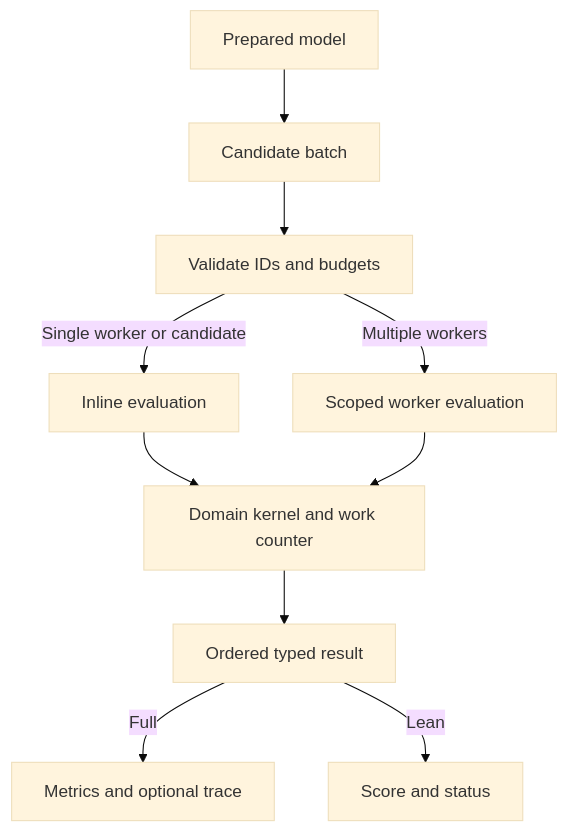
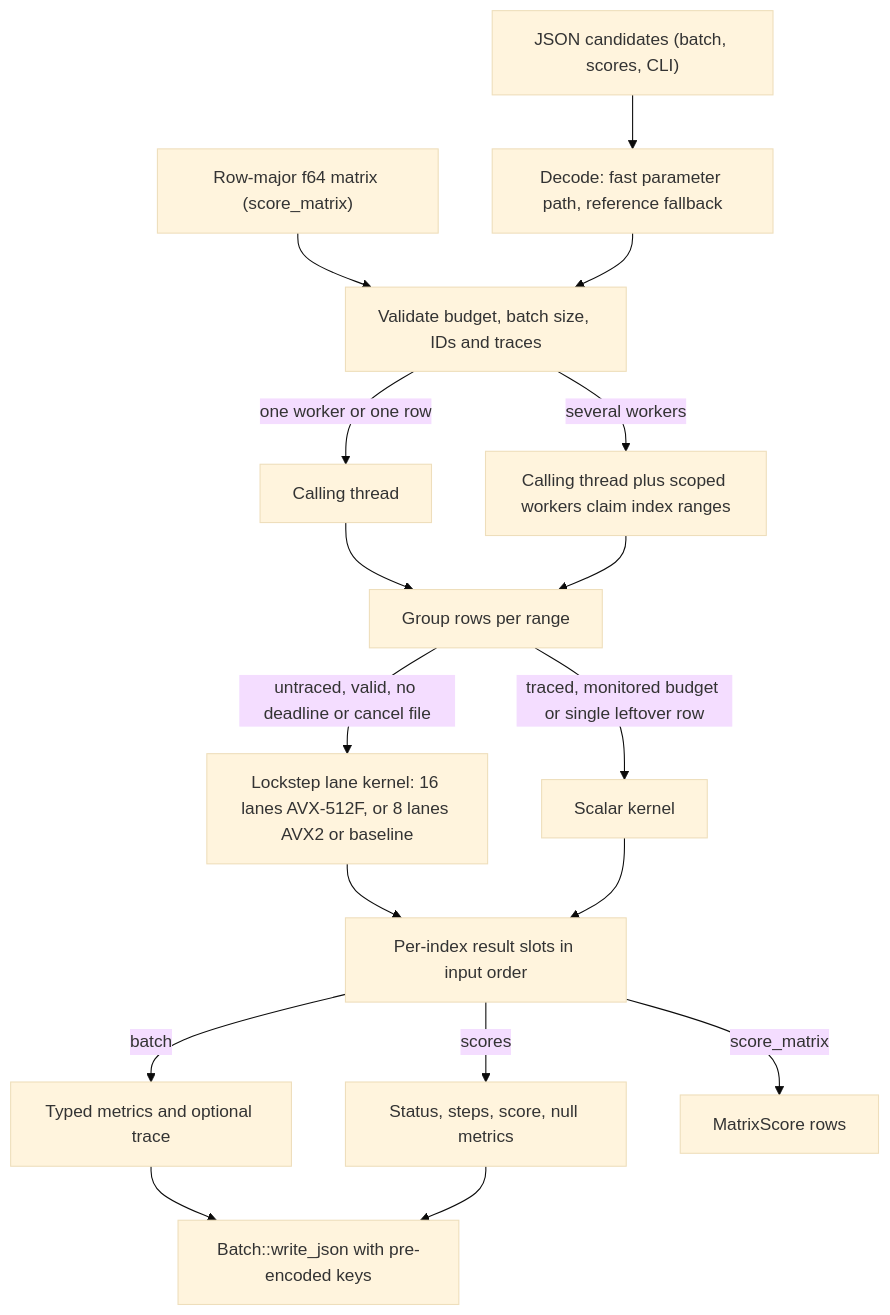
One commit to dietmarwo/robotics-control-craft changed the diagram in docs/architecture.md. Above: the diagram before and after it, drawn with Mermaid (base theme). The commit also changed other lines of this file and 29 other files, not shown here.

````diff
--- a/docs/architecture.md
+++ b/docs/architecture.md
@@ -7,12 +10,19 @@
 ```mermaid
 flowchart TD
-    P["Prepared model"] --> B["Candidate batch"]
-    B --> V["Validate IDs and budgets"]
-    V -->|Single worker or candidate| S["Inline evaluation"]
-    V -->|Multiple workers| W["Scoped worker evaluation"]
-    S --> D["Domain kernel and work counter"]
-    W --> D
-    D --> R["Ordered typed result"]
-    R -->|Full| F["Metrics and optional trace"]
-    R -->|Lean| L["Score and status"]
+    J["JSON candidates (batch, scores, CLI)"] --> D["Decode: fast parameter path, reference fallback"]
+    M["Row-major f64 matrix (score_matrix)"] --> V
+    D --> V["Validate budget, batch size, IDs and traces"]
+    V -->|"one worker or one row"| S["Calling thread"]
+    V -->|"several workers"| W["Calling thread plus scoped workers claim index ranges"]
+    S --> G["Group rows per range"]
+    W --> G
+    G -->|"untraced, valid, no deadline or cancel file"| L["Lockstep lane kernel: 16 lanes AVX-512F, or 8 lanes AVX2 or baseline"]
+    G -->|"traced, monitored budget or single leftover row"| K["Scalar kernel"]
+    L --> R["Per-index result slots in input order"]
+    K --> R
+    R -->|"batch"| F["Typed metrics and optional trace"]
+    R -->|"scores"| N["Status, steps, score, null metrics"]
+    R -->|"score_matrix"| X["MatrixScore rows"]
+    F --> E["Batch::write_json with pre-encoded keys"]
+    N --> E
 ```
````
